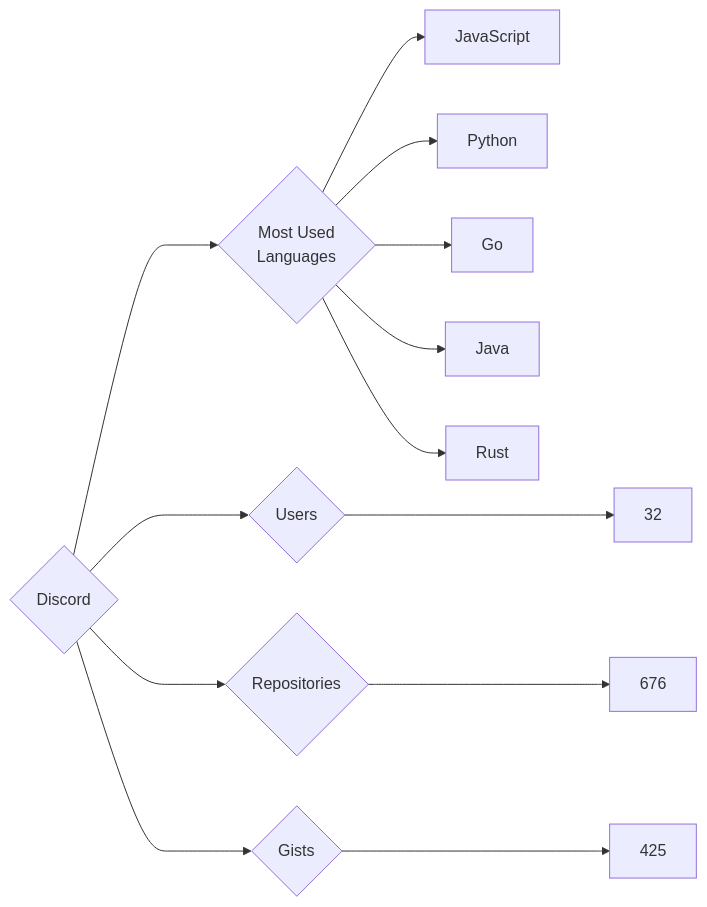
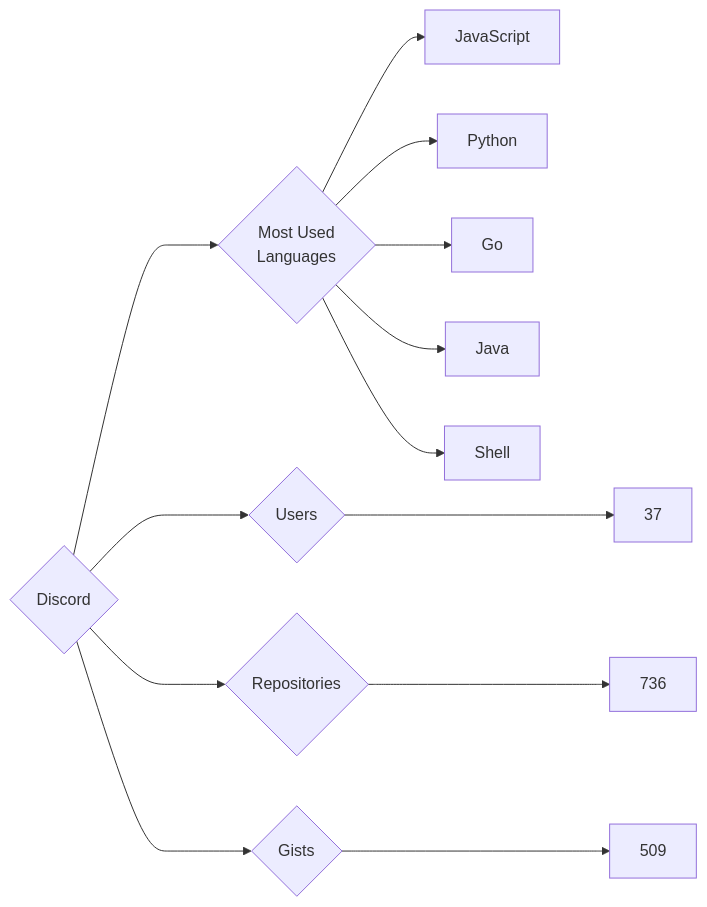
One commit to trickest/insiders changed the diagram in targets/Discord/README.md. Above: the diagram before and after it, drawn with Mermaid. The commit also changed 998 other files, not shown here.

````diff
--- a/targets/Discord/README.md
+++ b/targets/Discord/README.md
@@ -3,13 +3,13 @@
 ```mermaid
 graph LR
 COMPANY_NAME{Discord}
-COMPANY_NAME ---> U{Users} ---> UN[32]
-COMPANY_NAME ---> R{Repositories} ---> RN[676]
-COMPANY_NAME ---> G{Gists} ---> GN[425]
+COMPANY_NAME ---> U{Users} ---> UN[37]
+COMPANY_NAME ---> R{Repositories} ---> RN[736]
+COMPANY_NAME ---> G{Gists} ---> GN[509]
 COMPANY_NAME ---> ML{Most Used<br>Languages}
 ML --> JavaScript[JavaScript]
 ML --> Python[Python]
 ML --> Go[Go]
 ML --> Java[Java]
-ML --> Rust[Rust]
+ML --> Shell[Shell]
 ```
````
